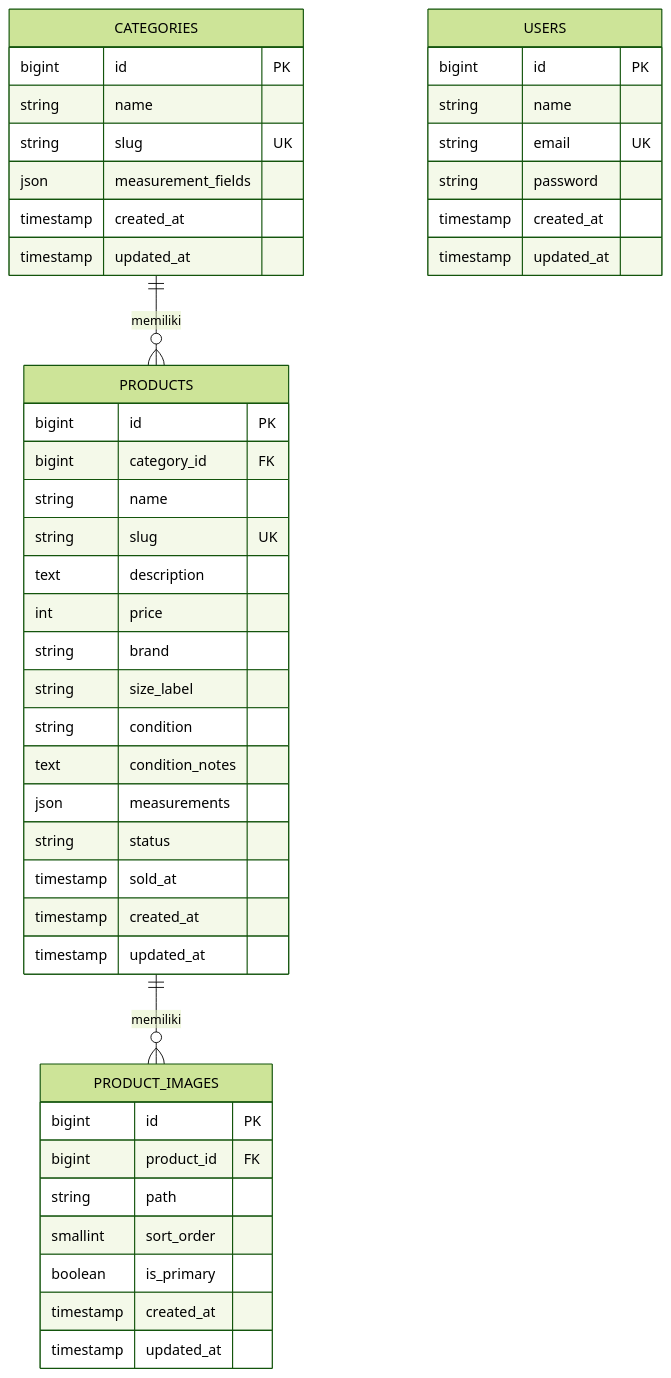
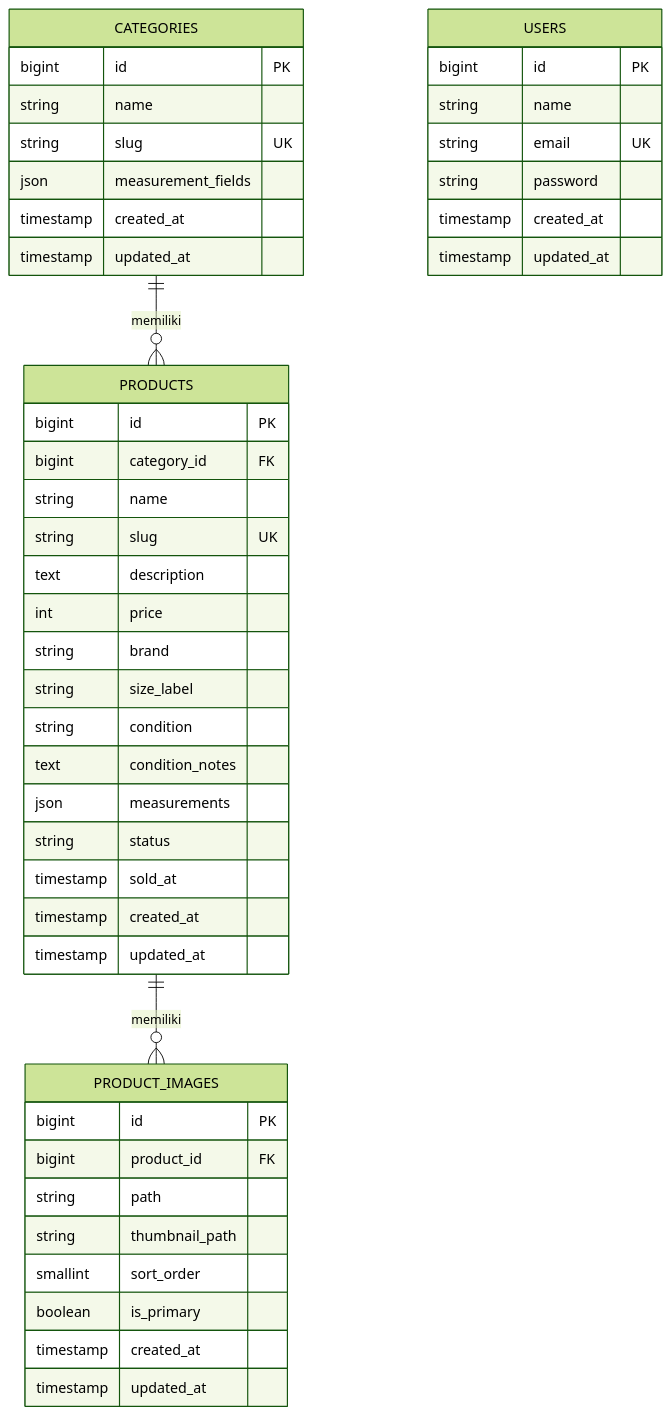
One commit to hilptra/pakelagi-api changed the first of 2 diagrams in docs/erd.md. Above: the diagram before and after it, drawn with Mermaid (forest theme). The commit also changed other lines of this file and 2 other files, not shown here.

````diff
--- a/docs/erd.md
+++ b/docs/erd.md
@@ -14,51 +14,52 @@
 ```mermaid
 erDiagram
     CATEGORIES ||--o{ PRODUCTS : "memiliki"
     PRODUCTS ||--o{ PRODUCT_IMAGES : "memiliki"
 
     CATEGORIES {
         bigint id PK
         string name
         string slug UK
         json measurement_fields
         timestamp created_at
         timestamp updated_at
     }
 
     PRODUCTS {
         bigint id PK
         bigint category_id FK
         string name
         string slug UK
         text description
         int price
         string brand
         string size_label
         string condition
         text condition_notes
         json measurements
         string status
         timestamp sold_at
         timestamp created_at
         timestamp updated_at
     }
 
     PRODUCT_IMAGES {
         bigint id PK
         bigint product_id FK
         string path
+        string thumbnail_path
         smallint sort_order
         boolean is_primary
         timestamp created_at
         timestamp updated_at
     }
 
     USERS {
         bigint id PK
         string name
         string email UK
         string password
         timestamp created_at
         timestamp updated_at
     }
 ```
````
